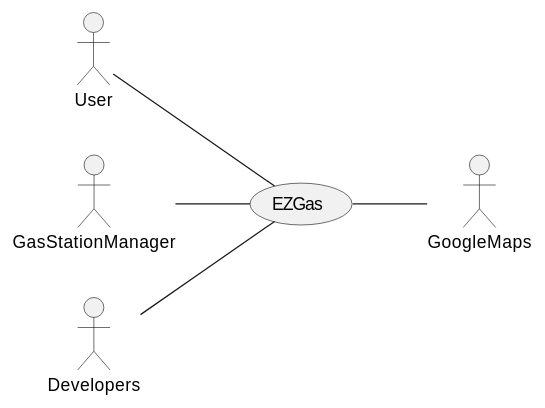
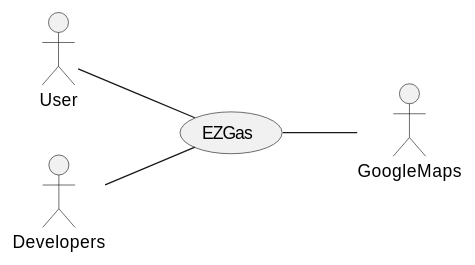
One commit to SoftengPoliTo/Lab2 changed the first of 3 diagrams in REQ_s277867.md. Above: the diagram before and after it, drawn with PlantUML. The commit also changed other lines of this file, not shown here.

````diff
--- a/REQ_s277867.md
+++ b/REQ_s277867.md
@@ -44,11 +43,9 @@
 ```plantuml
 left to right direction
 actor User as U
-actor GasStationManager as G
 actor GoogleMaps as M
 Actor Developers as D
 U -- (EZGas)
-G -- (EZGas)
 D -- (EZGas)
 (EZGas) -- M
 ```
````
